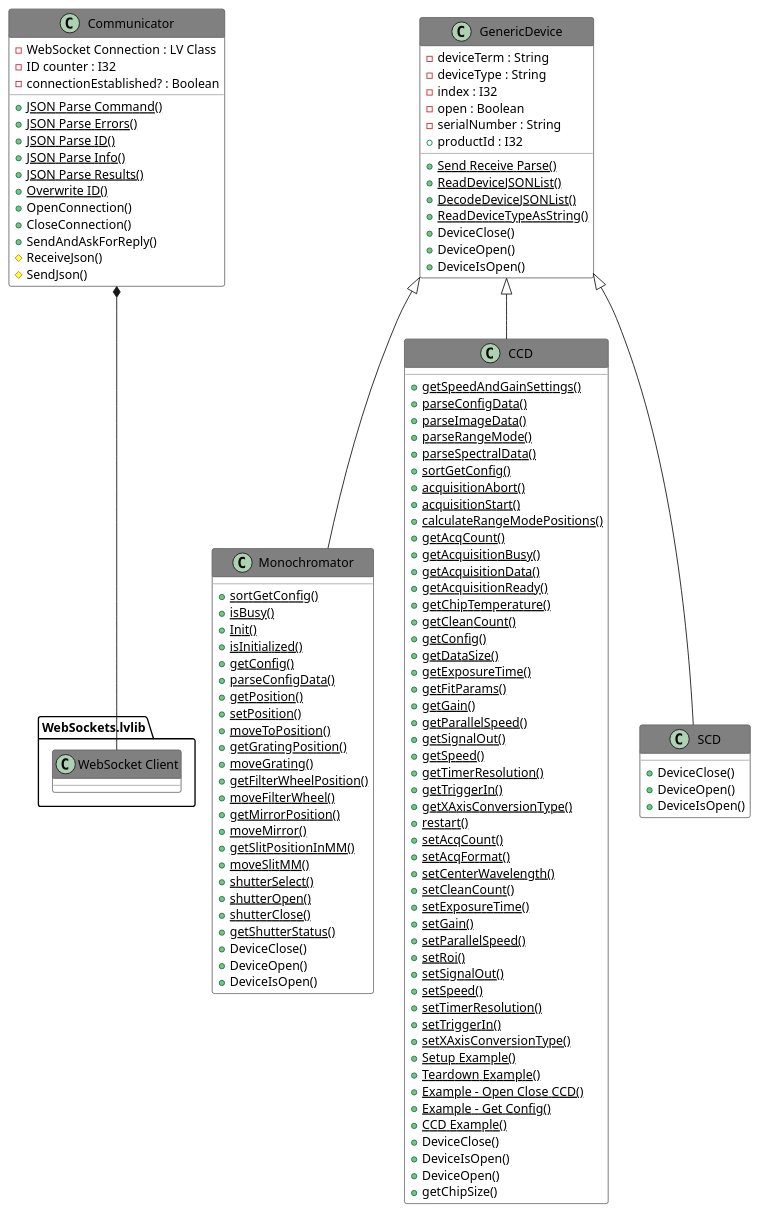
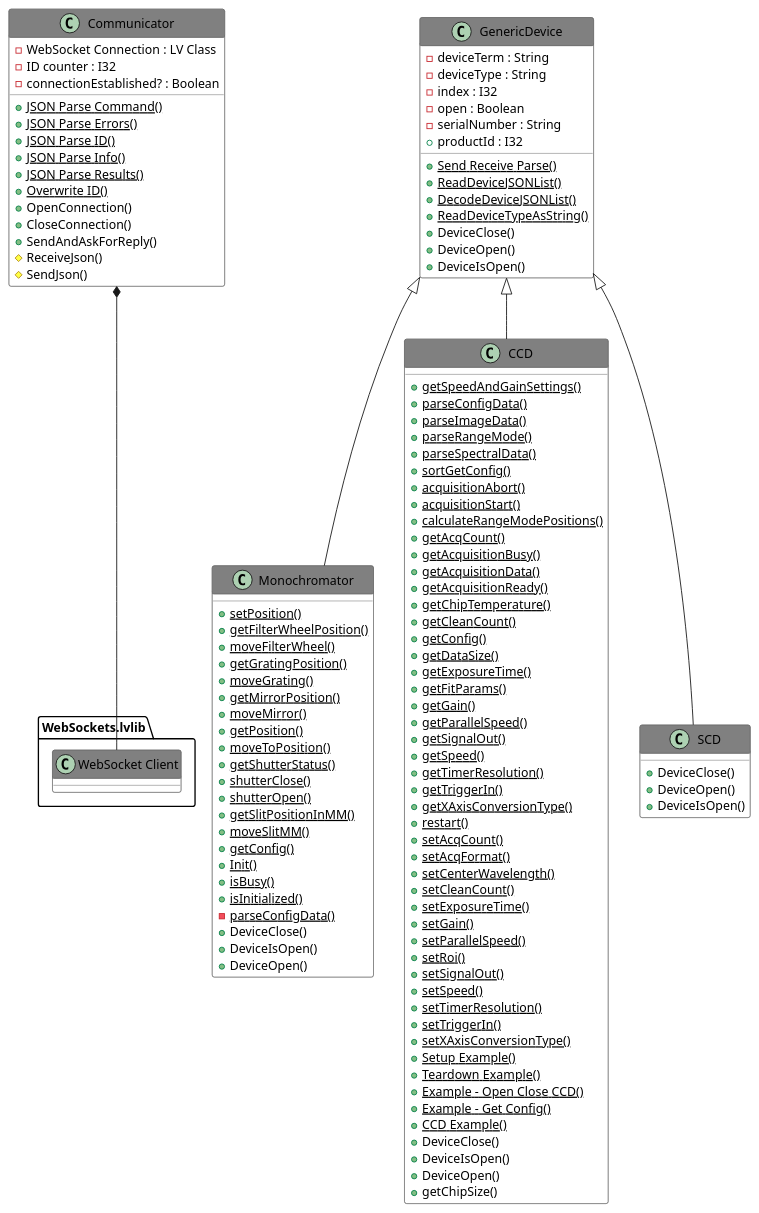
Before and after one commit to HORIBAEzSpecSDK/labview-sdk: the diagram in Antidoc-Output/Includes/004.adoc, drawn with PlantUML. The commit also changed 72 other files, not shown here.

```diff
--- a/Antidoc-Output/Includes/004.adoc
+++ b/Antidoc-Output/Includes/004.adoc
@@ -72,30 +72,28 @@
 
 
 class "Monochromator" {
-{static} {method} +sortGetConfig()
-{static} {method} +isBusy()
-{static} {method} +Init()
-{static} {method} +isInitialized()
-{static} {method} +getConfig()
-{static} {method} +parseConfigData()
-{static} {method} +getPosition()
 {static} {method} +setPosition()
-{static} {method} +moveToPosition()
+{static} {method} +getFilterWheelPosition()
+{static} {method} +moveFilterWheel()
 {static} {method} +getGratingPosition()
 {static} {method} +moveGrating()
-{static} {method} +getFilterWheelPosition()
-{static} {method} +moveFilterWheel()
 {static} {method} +getMirrorPosition()
 {static} {method} +moveMirror()
+{static} {method} +getPosition()
+{static} {method} +moveToPosition()
+{static} {method} +getShutterStatus()
+{static} {method} +shutterClose()
+{static} {method} +shutterOpen()
 {static} {method} +getSlitPositionInMM()
 {static} {method} +moveSlitMM()
-{static} {method} +shutterSelect()
-{static} {method} +shutterOpen()
-{static} {method} +shutterClose()
-{static} {method} +getShutterStatus()
+{static} {method} +getConfig()
+{static} {method} +Init()
+{static} {method} +isBusy()
+{static} {method} +isInitialized()
+{static} {method} -parseConfigData()
 {method} +DeviceClose()
+{method} +DeviceIsOpen()
 {method} +DeviceOpen()
-{method} +DeviceIsOpen()
 
 }
 "GenericDevice" <|-- "Monochromator"
```
